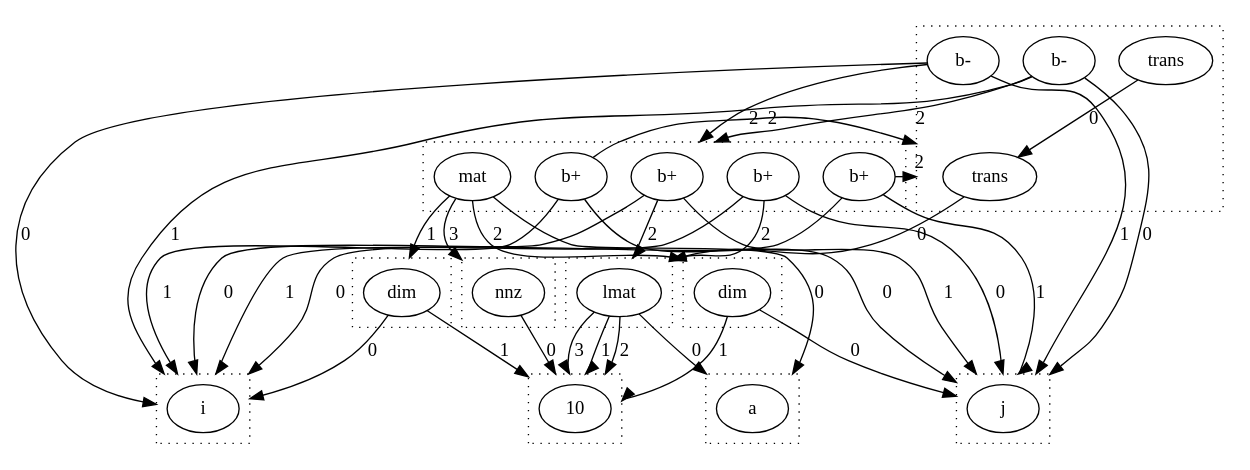
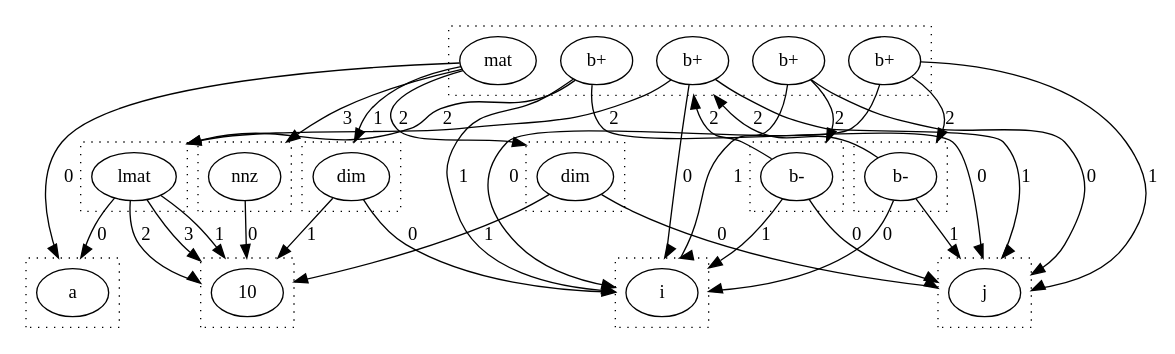
Before and after one commit to wormhole-optimization/warp: the diagram in dots/rabind.dot, drawn with Graphviz. The commit also changed 5 other files, not shown here.

```diff
--- a/dots/rabind.dot
+++ b/dots/rabind.dot
@@ -1,83 +1,82 @@
 digraph {
   compound=true
   subgraph cluster_0 {
     style=dotted
     0.0[label = "a"]
   }
   subgraph cluster_1 {
     style=dotted
     1.0[label = "i"]
   }
   subgraph cluster_2 {
     style=dotted
     2.0[label = "10"]
   }
   subgraph cluster_3 {
     style=dotted
     3.0[label = "dim"]
   }
   subgraph cluster_4 {
     style=dotted
     4.0[label = "j"]
   }
   subgraph cluster_5 {
     style=dotted
     5.0[label = "dim"]
   }
   subgraph cluster_6 {
     style=dotted
     6.0[label = "nnz"]
   }
   subgraph cluster_7 {
     style=dotted
     7.0[label = "b+"]
     7.1[label = "mat"]
     7.2[label = "b+"]
     7.3[label = "b+"]
     7.4[label = "b+"]
   }
   subgraph cluster_8 {
     style=dotted
     8.0[label = "lmat"]
   }
   subgraph cluster_11 {
     style=dotted
-    11.0[label = "trans"]
-    11.1[label = "b-"]
-    11.2[label = "trans"]
-    11.3[label = "b-"]
+    11.0[label = "b-"]
+  }
+  subgraph cluster_13 {
+    style=dotted
+    13.0[label = "b-"]
   }
   3.0 -> 1.0 [lhead = cluster_1, label = 0]
   3.0 -> 2.0 [lhead = cluster_2, label = 1]
   5.0 -> 4.0 [lhead = cluster_4, label = 0]
   5.0 -> 2.0 [lhead = cluster_2, label = 1]
   6.0 -> 2.0 [lhead = cluster_2, label = 0]
   7.0 -> 1.0 [lhead = cluster_1, label = 0]
   7.0 -> 4.0 [lhead = cluster_4, label = 1]
   7.0 -> 8.0 [lhead = cluster_8, label = 2]
   7.1 -> 0.0 [lhead = cluster_0, label = 0]
   7.1 -> 3.0 [lhead = cluster_3, label = 1]
   7.1 -> 5.0 [lhead = cluster_5, label = 2]
   7.1 -> 6.0 [lhead = cluster_6, label = 3]
   7.2 -> 4.0 [lhead = cluster_4, label = 0]
   7.2 -> 1.0 [lhead = cluster_1, label = 1]
   7.2 -> 8.0 [lhead = cluster_8, label = 2]
   7.3 -> 4.0 [lhead = cluster_4, label = 0]
   7.3 -> 1.0 [lhead = cluster_1, label = 1]
   7.3 -> 11.0 [lhead = cluster_11, label = 2]
   7.4 -> 1.0 [lhead = cluster_1, label = 0]
   7.4 -> 4.0 [lhead = cluster_4, label = 1]
-  7.4 -> 11.0 [lhead = cluster_11, label = 2]
+  7.4 -> 13.0 [lhead = cluster_13, label = 2]
   8.0 -> 0.0 [lhead = cluster_0, label = 0]
   8.0 -> 2.0 [lhead = cluster_2, label = 1]
   8.0 -> 2.0 [lhead = cluster_2, label = 2]
   8.0 -> 2.0 [lhead = cluster_2, label = 3]
-  11.0 -> 8.0 [lhead = cluster_8, label = 0]
-  11.1 -> 4.0 [lhead = cluster_4, label = 0]
-  11.1 -> 1.0 [lhead = cluster_1, label = 1]
-  11.1 -> 7.0 [lhead = cluster_7, label = 2]
-  11.2 -> 11.0 [lhead = cluster_11, label = 0]
-  11.3 -> 1.0 [lhead = cluster_1, label = 0]
-  11.3 -> 4.0 [lhead = cluster_4, label = 1]
-  11.3 -> 7.0 [lhead = cluster_7, label = 2]
+  11.0 -> 4.0 [lhead = cluster_4, label = 0]
+  11.0 -> 1.0 [lhead = cluster_1, label = 1]
+  11.0 -> 7.0 [lhead = cluster_7, label = 2]
+  13.0 -> 1.0 [lhead = cluster_1, label = 0]
+  13.0 -> 4.0 [lhead = cluster_4, label = 1]
+  13.0 -> 7.0 [lhead = cluster_7, label = 2]
 }
```
